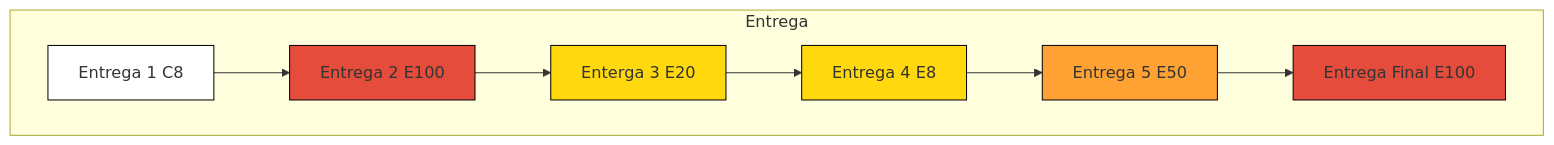
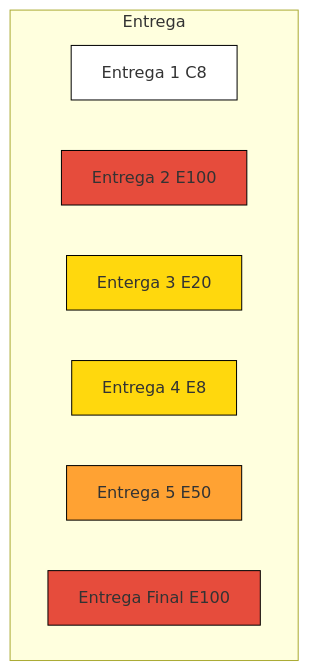
One commit to catypr/Gantt-Crystal changed the eighth of 10 diagrams in README.md. Above: the diagram before and after it, drawn with Mermaid. The commit also changed other lines of this file, not shown here.

````diff
--- a/README.md
+++ b/README.md
@@ -112,19 +112,18 @@
 ```mermaid
 graph TD
    subgraph Entrega 
      A1["Entrega 1 C8"]:::branco
      A2["Entrega 2 E100"]:::vermelho
      A3["Enterga 3 E20"]:::amarelo
      A4["Entrega 4 E8"]:::amarelo
      A5["Entrega 5 E50"]:::laranja
      A6["Entrega Final E100"]:::vermelho
 
-A1 --> A2 --> A3 --> A4 --> A5 --> A6 
 end
 
 %% Definição de estilo
 classDef branco fill:#ffffff, stroke:#000,stroke-width:1px;
 classDef amarelo fill:#FFD80D, stroke:#000,stroke-width:1px;
 classDef laranja fill:#FFA233, stroke:#000,stroke-width:1px;
 classDef vermelho fill:#E64C3C, stroke:#000,stroke-width:1px;
 ```
````
